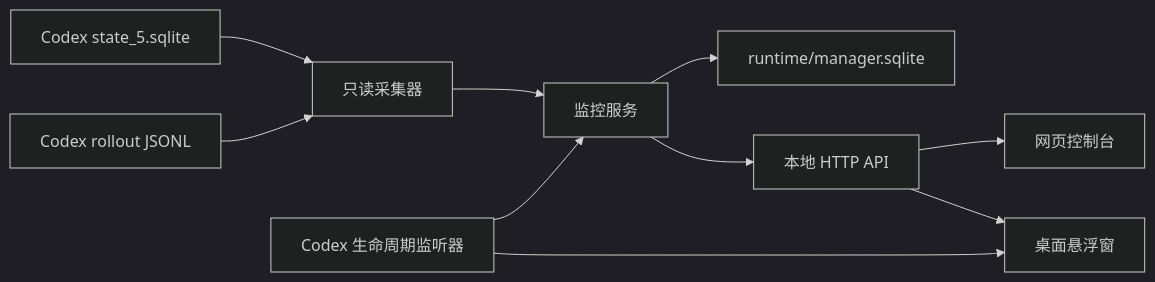
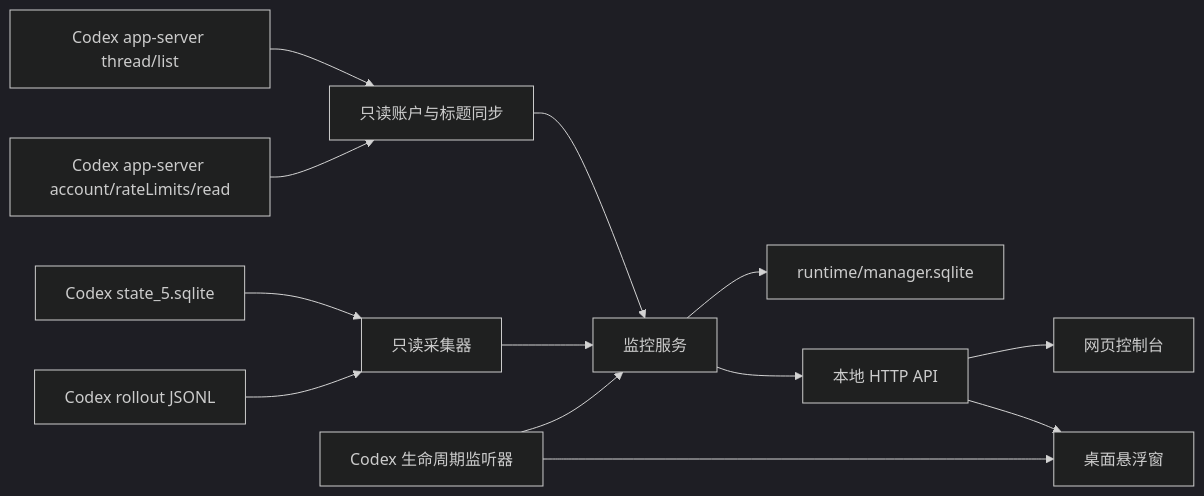
One commit to baolongzhanshi1605-crypto/VibeCoding changed the diagram in codex_quota_manager/README.md. Above: the diagram before and after it, drawn with Mermaid (dark theme). The commit also changed other lines of this file and 27 other files, not shown here.

````diff
--- a/codex_quota_manager/README.md
+++ b/codex_quota_manager/README.md
@@ -36,12 +42,15 @@
 ```mermaid
 flowchart LR
     A[Codex state_5.sqlite] --> C[只读采集器]
     B[Codex rollout JSONL] --> C
+    J[Codex app-server thread/list] --> K[只读账户与标题同步]
+    L[Codex app-server account/rateLimits/read] --> K
+    K --> D
     C --> D[监控服务]
     D --> E[runtime/manager.sqlite]
     D --> F[本地 HTTP API]
     F --> G[网页控制台]
     F --> H[桌面悬浮窗]
     I[Codex 生命周期监听器] --> D
     I --> H
 ```
````
